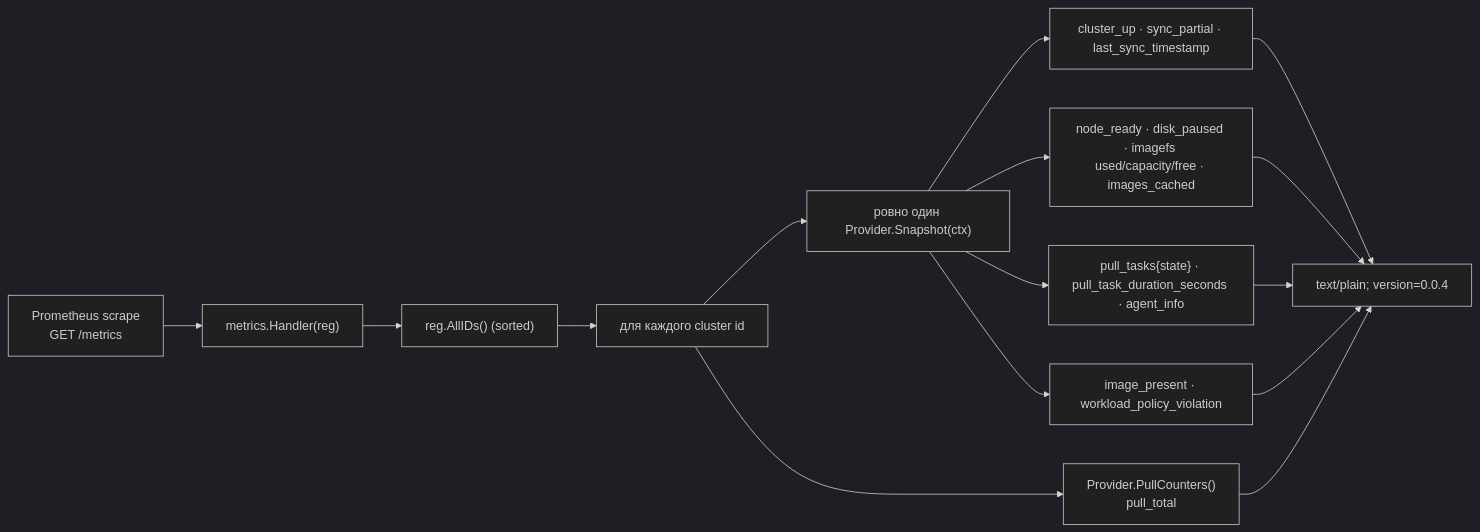
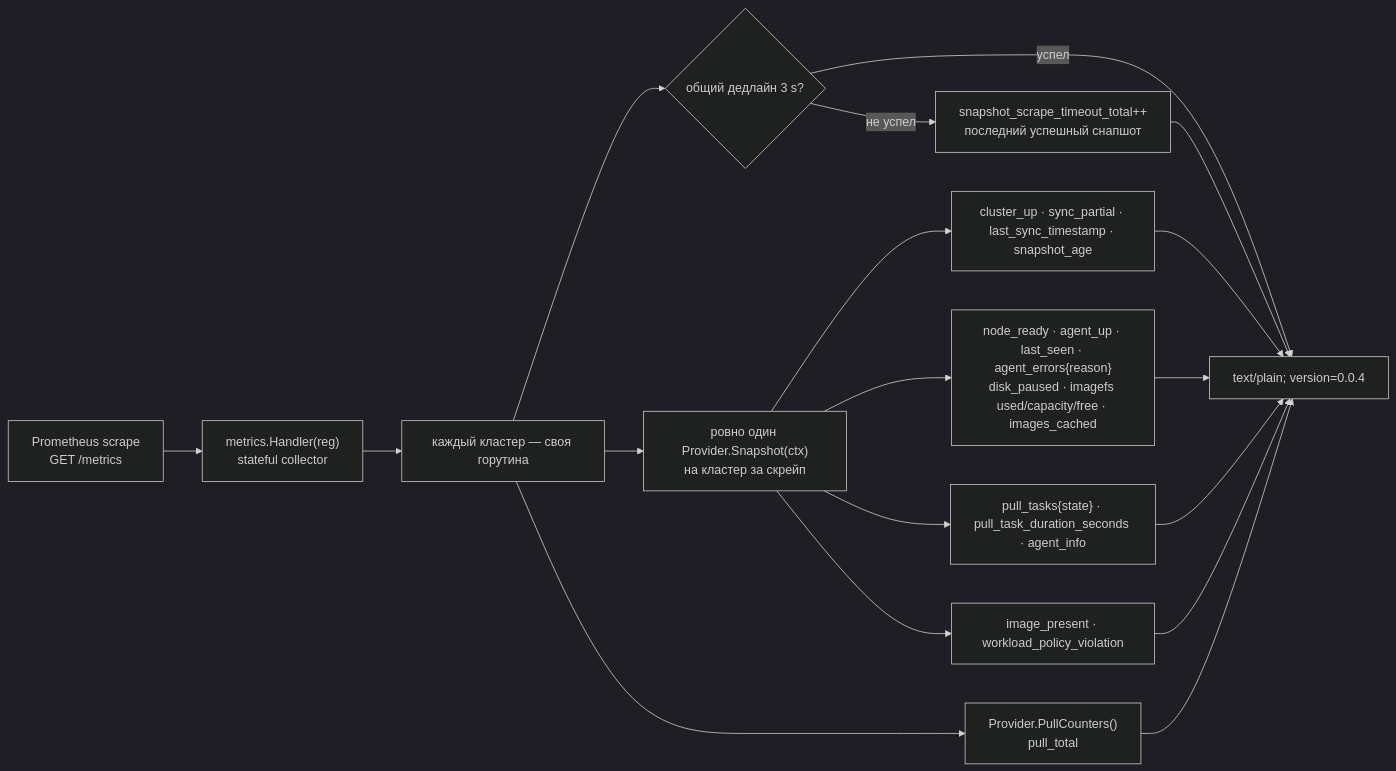
The tenth of 11 diagrams in docs/architecture.md (vasyakrg/image-prepuller), drawn with Mermaid (dark theme) before and after one commit. The commit also changed other lines of this file and 25 other files, not shown here.

````diff
--- a/docs/architecture.md
+++ b/docs/architecture.md
@@ -446,17 +445,20 @@
 ```mermaid
 flowchart LR
-    SCR["Prometheus scrape<br/>GET /metrics"] --> MH["metrics.Handler(reg)"]
-    MH --> IDS["reg.AllIDs() (sorted)"]
-    IDS --> LOOP["для каждого cluster id"]
-    LOOP --> SNAP["ровно один Provider.Snapshot(ctx)"]
-    SNAP --> CL["cluster_up · sync_partial · last_sync_timestamp"]
-    SNAP --> ND["node_ready · disk_paused · imagefs used/capacity/free · images_cached"]
+    SCR["Prometheus scrape<br/>GET /metrics"] --> MH["metrics.Handler(reg)<br/>stateful collector"]
+    MH --> PAR["каждый кластер — своя горутина"]
+    PAR --> SNAP["ровно один Provider.Snapshot(ctx)<br/>на кластер за скрейп"]
+    PAR --> DL{"общий дедлайн 3 s?"}
+    DL -->|успел| OUT["text/plain; version=0.0.4"]
+    DL -->|не успел| TMO["snapshot_scrape_timeout_total++<br/>последний успешный снапшот"]
+    TMO --> OUT
+    SNAP --> CL["cluster_up · sync_partial · last_sync_timestamp · snapshot_age"]
+    SNAP --> ND["node_ready · agent_up · last_seen · agent_errors{reason}<br/>disk_paused · imagefs used/capacity/free · images_cached"]
     SNAP --> TS["pull_tasks{state} · pull_task_duration_seconds · agent_info"]
     SNAP --> IMG["image_present · workload_policy_violation"]
-    LOOP --> CNT["Provider.PullCounters()<br/>pull_total"]
-    CL --> OUT["text/plain; version=0.0.4"]
+    PAR --> CNT["Provider.PullCounters()<br/>pull_total"]
+    CL --> OUT
     ND --> OUT
     TS --> OUT
     IMG --> OUT
     CNT --> OUT
 ```
````
